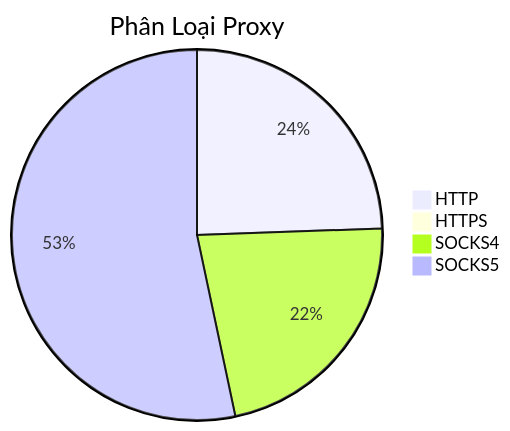
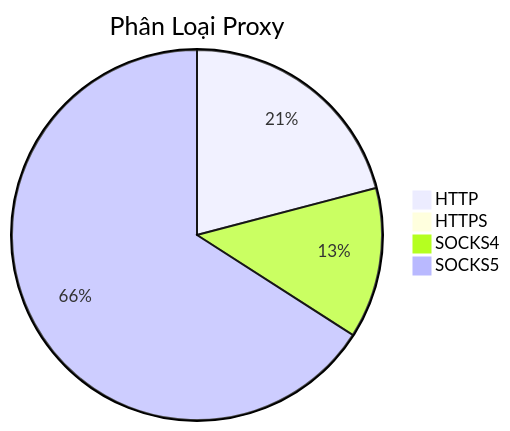
The diagram in README.md (Ciara-12/PROXY-free), drawn with Mermaid before and after one commit. The commit also changed other lines of this file and 4 other files, not shown here.

````diff
--- a/README.md
+++ b/README.md
@@ -26,7 +26,7 @@
 ```mermaid
 pie title Phân Loại Proxy
-    "HTTP" : 434
-    "HTTPS" : 0
-    "SOCKS4" : 395
-    "SOCKS5" : 947
+    "HTTP" : 456
+    "HTTPS" : 1
+    "SOCKS4" : 287
+    "SOCKS5" : 1437
 ```
````
